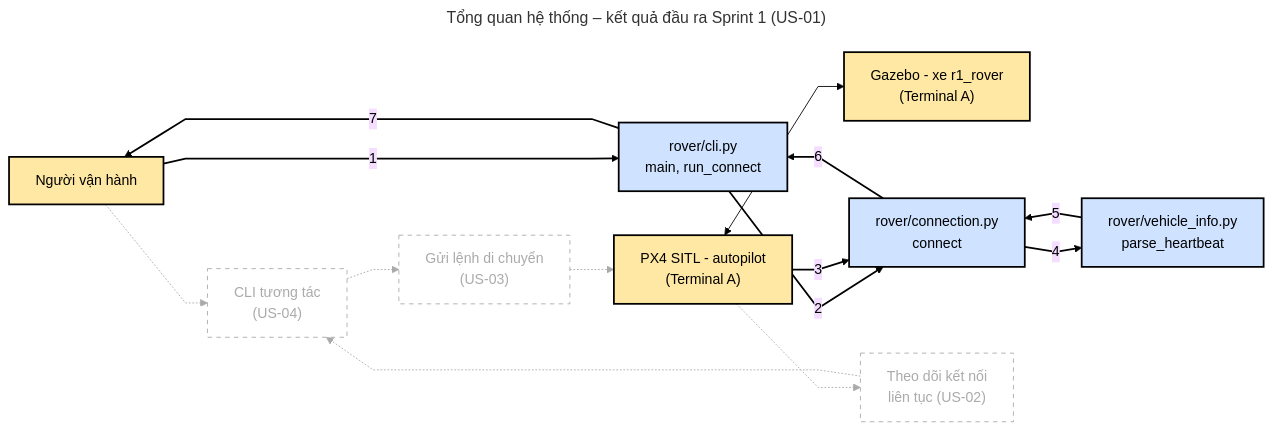
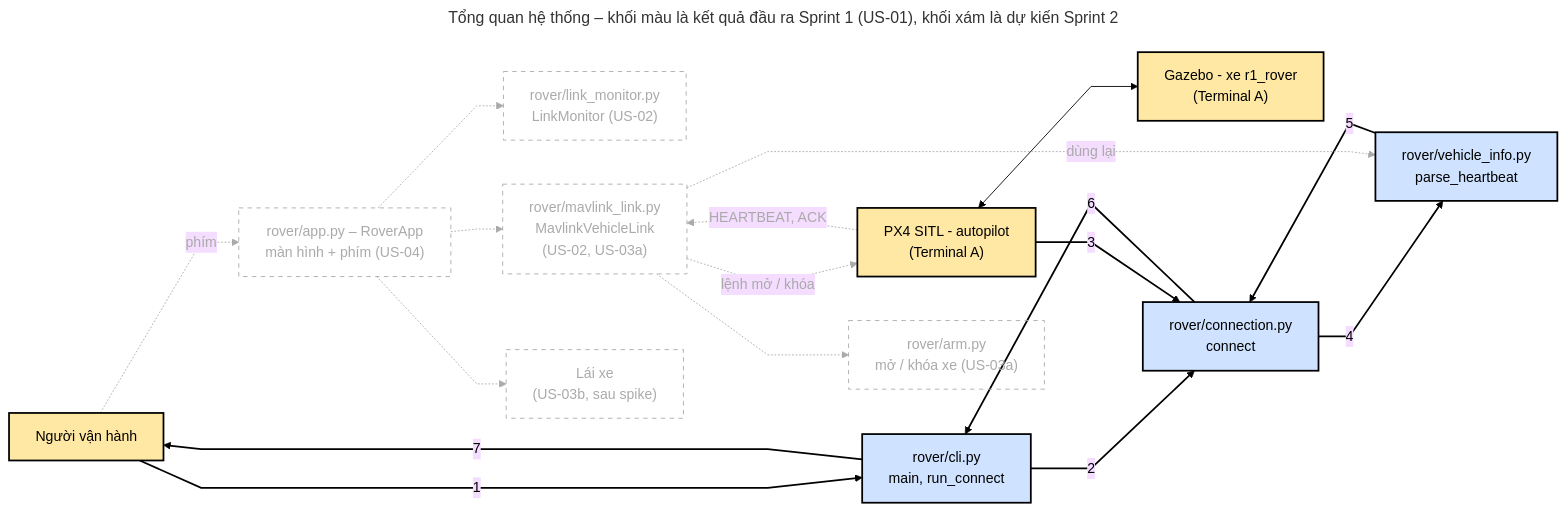
One commit to wenxizhabg/rover-control-by-PX4 changed the diagram in docs/diagrams/system-overview/system-overview.mmd. Above: the diagram before and after it, drawn with Mermaid (base theme). The commit also changed 13 other files, not shown here.

Commit message:
S02/planning: cập nhật sprint 2, tạo các us, và sơ đồ class và sytem dự kiến

```diff
--- a/docs/diagrams/system-overview/system-overview.mmd
+++ b/docs/diagrams/system-overview/system-overview.mmd
@@ -1,53 +1,58 @@
 ---
-title: Tổng quan hệ thống – kết quả đầu ra Sprint 1 (US-01)
+title: Tổng quan hệ thống – khối màu là kết quả đầu ra Sprint 1 (US-01), khối xám là dự kiến Sprint 2
 config:
   flowchart:
     curve: linear
 ---
 flowchart LR
     %% Khối đã có: người dùng và phần mềm không do nhóm viết
     user["Người vận hành"]
     px4["PX4 SITL - autopilot<br/>(Terminal A)"]
     gz["Gazebo - xe r1_rover<br/>(Terminal A)"]
 
     %% Khối đã có: code của nhóm (app rover, Terminal B)
     cli["rover/cli.py<br/>main, run_connect"]
     conn["rover/connection.py<br/>connect"]
     vi["rover/vehicle_info.py<br/>parse_heartbeat"]
 
-    %% Khối dự kiến cho các story tiếp theo, chưa thiết kế chi tiết
-    ui2["CLI tương tác<br/>(US-04)"]
-    mon2["Theo dõi kết nối<br/>liên tục (US-02)"]
-    cmd2["Gửi lệnh di chuyển<br/>(US-03)"]
+    %% Khối dự kiến Sprint 2 (US-04, US-02, US-03a) và US-03b (chưa vào sprint), theo kiến trúc trong docs/diagrams/class/
+    app2["rover/app.py – RoverApp<br/>màn hình + phím (US-04)"]
+    lm2["rover/link_monitor.py<br/>LinkMonitor (US-02)"]
+    arm2["rover/arm.py<br/>mở / khóa xe (US-03a)"]
+    ml2["rover/mavlink_link.py<br/>MavlinkVehicleLink<br/>(US-02, US-03a)"]
+    drv2["Lái xe<br/>(US-03b, sau spike)"]
 
     %% --- ĐỊNH HÌNH BỐ CỤC CHÍNH ---
     user -->|"1"| cli
     cli -->|"2"| conn
     conn -->|"4"| vi
     
     px4 -->|"3"| conn
     
     vi -->|"5"| conn
     conn -->|"6"| cli
     cli -->|"7"| user
 
     px4 <--> gz
 
-    %% Luồng dự kiến
-    user -.-> ui2
-    ui2 -.-> cmd2
-    cmd2 -.-> px4
-    px4 -.-> mon2
-    mon2 -.-> ui2
+    %% Luồng dự kiến, chưa đánh số (cạnh 8 trở đi)
+    user -.->|"phím"| app2
+    app2 -.-> lm2
+    app2 -.-> drv2
+    app2 -.-> ml2
+    ml2 -.-> arm2
+    ml2 -.->|"dùng lại"| vi
+    ml2 -.->|"lệnh mở / khóa"| px4
+    px4 -.->|"HEARTBEAT, ACK"| ml2
 
     classDef done fill:#cfe2ff,stroke:#000,stroke-width:2px,color:#000
     classDef ext fill:#ffe8a3,stroke:#000,stroke-width:2px,color:#000
     classDef plan fill:none,stroke:#aaa,stroke-width:1px,stroke-dasharray:5 5,color:#aaa
 
     class cli,conn,vi done
     class user,px4,gz ext
-    class ui2,mon2,cmd2 plan
+    class app2,lm2,arm2,ml2,drv2 plan
 
     linkStyle 0,1,2,3,4,5,6 stroke:#000,stroke-width:2px,color:#000
     linkStyle 7 stroke:#000,stroke-width:1px,color:#000
-    linkStyle 8,9,10,11,12 stroke:#aaa,stroke-width:1px,color:#aaa
+    linkStyle 8,9,10,11,12,13,14,15 stroke:#aaa,stroke-width:1px,color:#aaa
```
